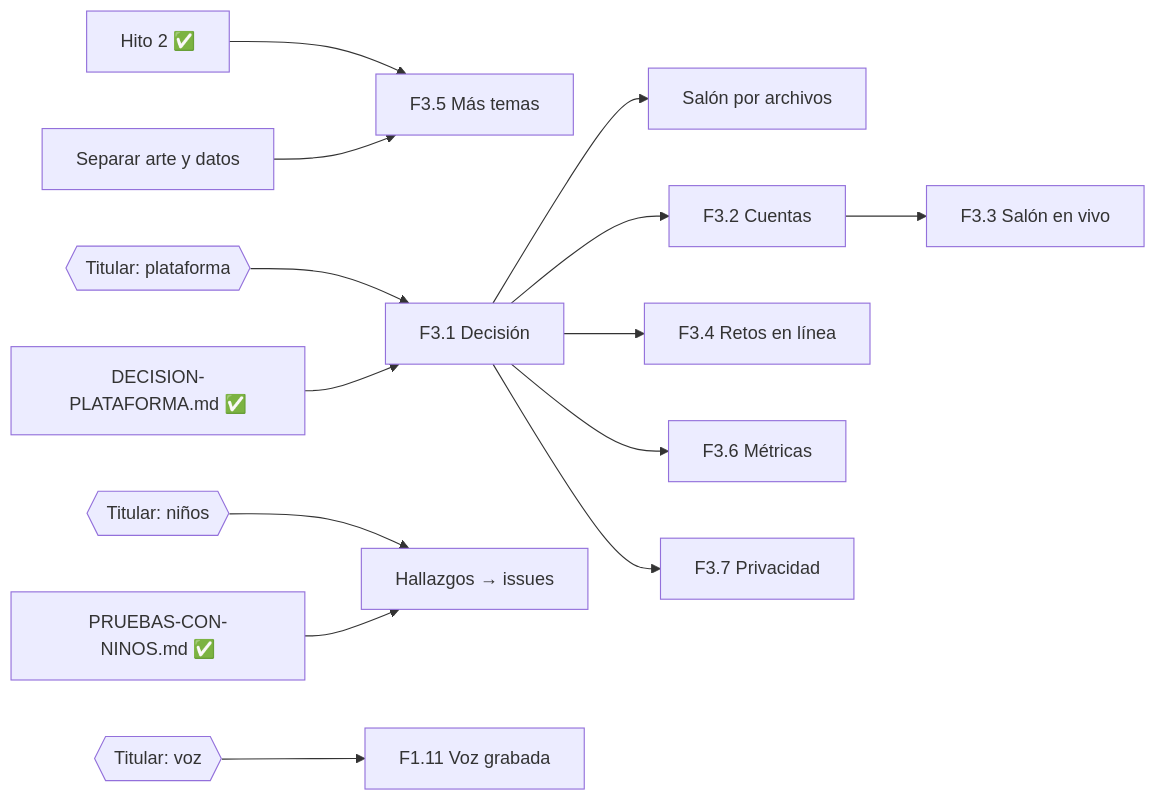
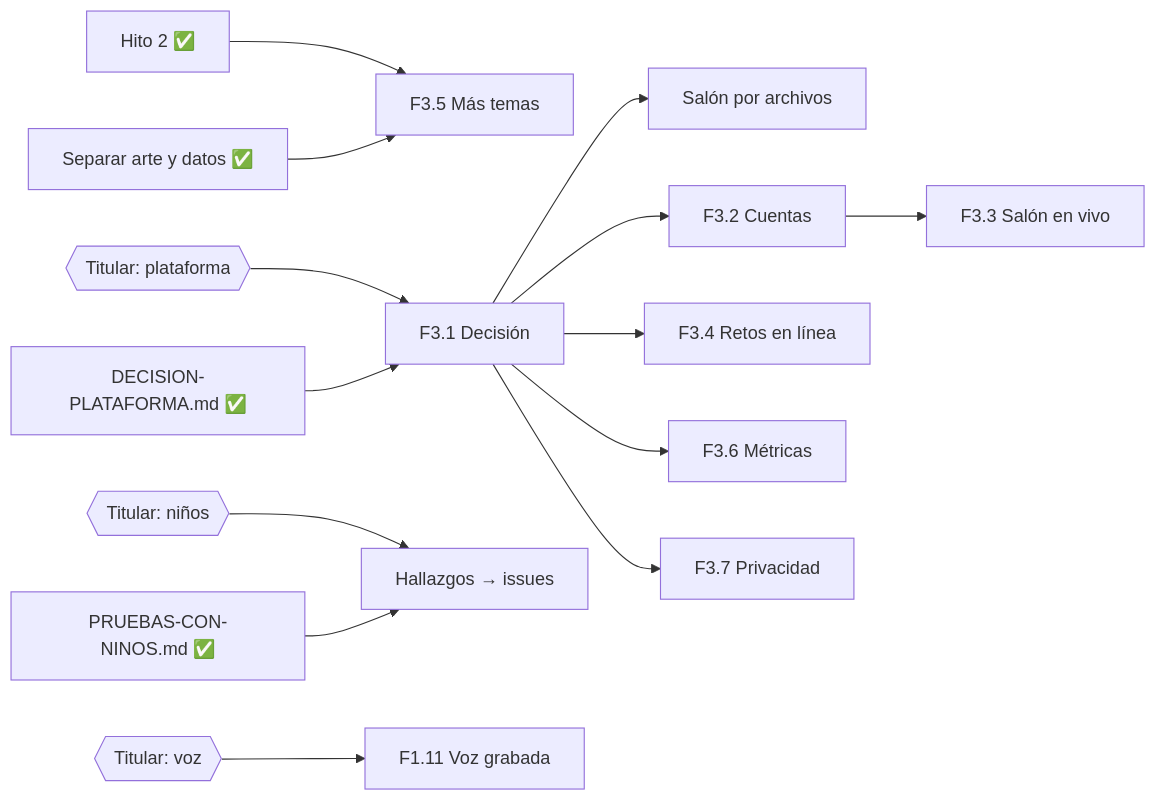
The second of 2 diagrams in docs/PLAN.md (dleon55/jardin-magico-multiplicaciones), drawn with Mermaid before and after one commit. The commit also changed other lines of this file and 13 other files, not shown here.

First line of the commit message:
El juego en varios archivos: arte, sonido, datos y estilos aparte

````diff
--- a/docs/PLAN.md
+++ b/docs/PLAN.md
@@ -132,16 +131,16 @@
 ```mermaid
 graph LR
     H2[Hito 2 ✅] --> F35[F3.5 Más temas]
-    SEP[Separar arte y datos] --> F35
+    SEP[Separar arte y datos ✅] --> F35
     T1{{Titular: plataforma}} --> F31[F3.1 Decisión]
     DOC[DECISION-PLATAFORMA.md ✅] --> F31
     F31 --> B[Salón por archivos]
     F31 --> F32[F3.2 Cuentas]
     F32 --> F33[F3.3 Salón en vivo]
     F31 --> F34[F3.4 Retos en línea]
     F31 --> F36[F3.6 Métricas]
     F31 --> F37[F3.7 Privacidad]
     T3{{Titular: niños}} --> HALL[Hallazgos → issues]
     GUIA[PRUEBAS-CON-NINOS.md ✅] --> HALL
     T2{{Titular: voz}} --> F111[F1.11 Voz grabada]
 ```
````
